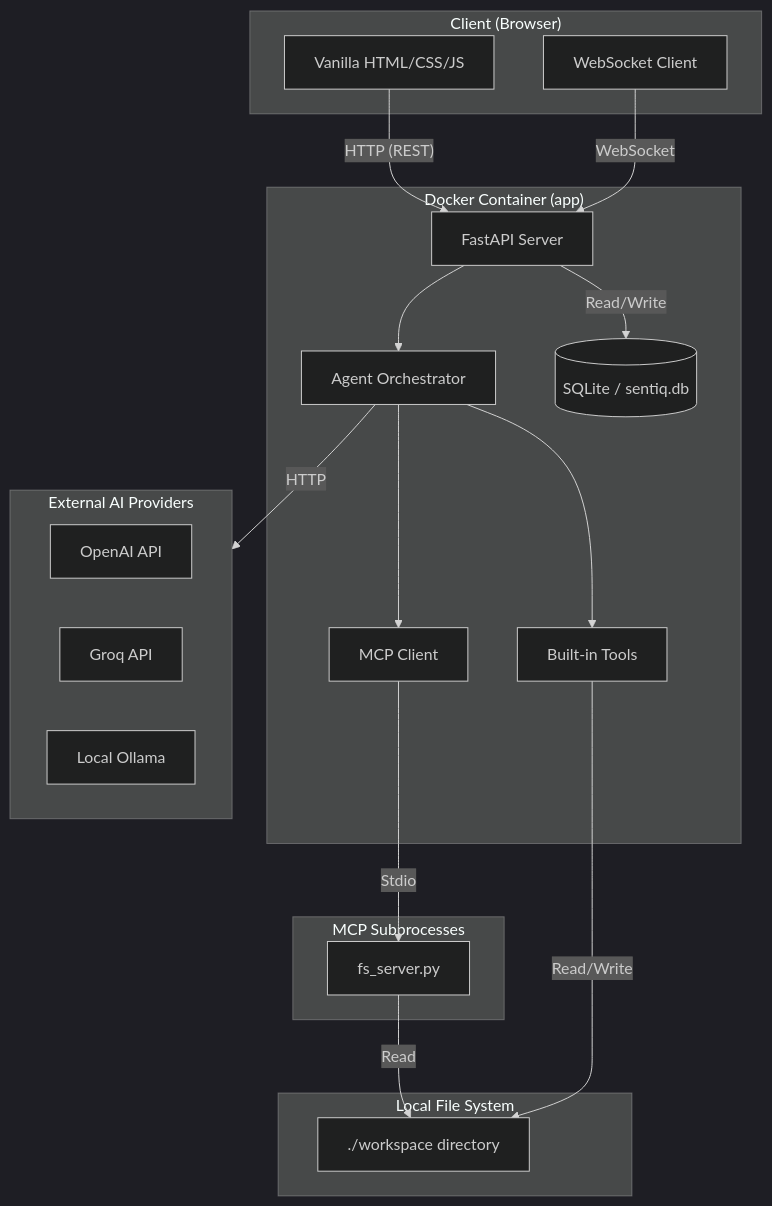
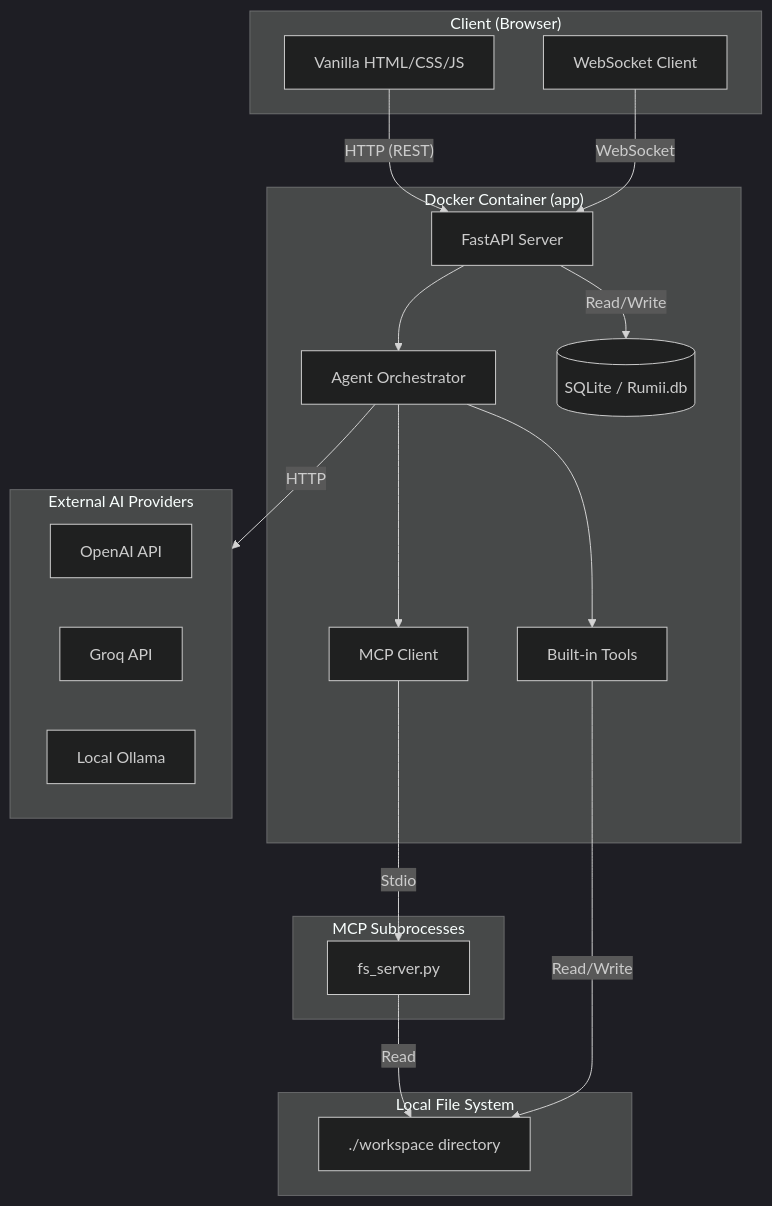
Before and after one commit to Manideep71234/sentiq.ai: the first of 2 diagrams in docs/ARCHITECTURE_REPORT.md, drawn with Mermaid (dark theme). The commit also changed other lines of this file and 31 other files, not shown here.

Commit message:
feat: rebrand Sentiq -> Rumii.AI, black/white theme, Minecraft font for headings

````diff
--- a/docs/ARCHITECTURE_REPORT.md
+++ b/docs/ARCHITECTURE_REPORT.md
@@ -9,41 +9,41 @@
 ```mermaid
 flowchart TD
     subgraph Browser["Client (Browser)"]
         UI[Vanilla HTML/CSS/JS]
         WS[WebSocket Client]
     end
 
     subgraph Docker["Docker Container (app)"]
         FastAPI[FastAPI Server]
         Agent[Agent Orchestrator]
         MCPClient[MCP Client]
         Tools[Built-in Tools]
-        DB[(SQLite / sentiq.db)]
+        DB[(SQLite / Rumii.db)]
         
         FastAPI --> Agent
         Agent --> Tools
         Agent --> MCPClient
     end
 
     subgraph MCPServer["MCP Subprocesses"]
         FSServer[fs_server.py]
     end
     
     subgraph Workspace["Local File System"]
         Jail[./workspace directory]
     end
 
     subgraph Providers["External AI Providers"]
         OpenAI[OpenAI API]
         Groq[Groq API]
         Ollama[Local Ollama]
     end
 
     UI -- HTTP (REST) --> FastAPI
     WS -- WebSocket --> FastAPI
     FastAPI -- Read/Write --> DB
     MCPClient -- Stdio --> FSServer
     FSServer -- Read --> Jail
     Tools -- Read/Write --> Jail
     Agent -- HTTP --> Providers
 ```
````
